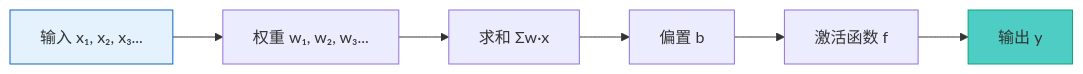
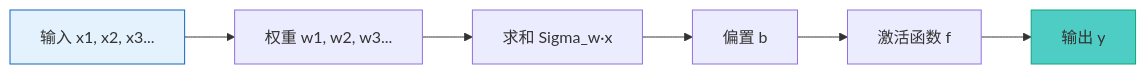
Before and after one commit to dujijundavid/Battery_fault_detection_NC_github: the first of 9 diagrams in docs/dyad_tutorial/00_前置知识.md, drawn with Mermaid. The commit also changed other lines of this file and 3 other files, not shown here.

First line of the commit message:
fix: repair broken mermaid charts in dyad_tutorial

````diff
--- a/docs/dyad_tutorial/00_前置知识.md
+++ b/docs/dyad_tutorial/00_前置知识.md
@@ -50,11 +50,11 @@
 ```mermaid
 graph LR
-    A[输入 x₁, x₂, x₃...] --> B[权重 w₁, w₂, w₃...]
-    B --> C[求和 Σw·x]
+    A[输入 x1, x2, x3...] --> B[权重 w1, w2, w3...]
+    B --> C[求和 Sigma_w·x]
     C --> D[偏置 b]
     D --> E[激活函数 f]
     E --> F[输出 y]
 
     style A fill:#e3f2fd,stroke:#1565c0
     style F fill:#4ecdc4,stroke:#0ca678
 ```
````
